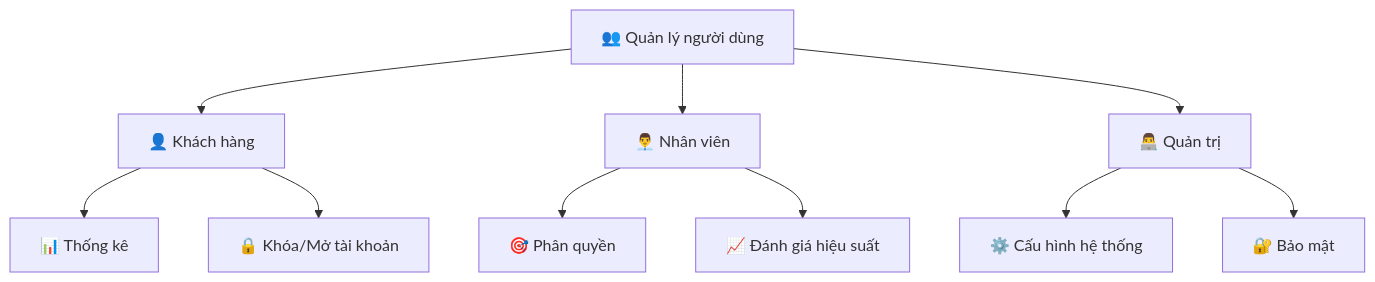
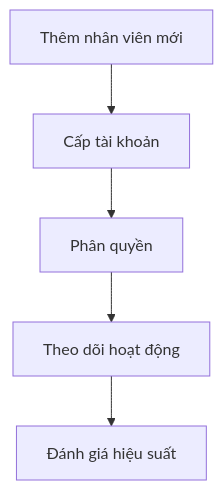
Before and after one commit to toantran00/BTTH_12: diagram 11 of 17 in README.md, drawn with Mermaid. The commit also changed other lines of this file, not shown here.

````diff
--- a/README.md
+++ b/README.md
@@ -224,15 +427,7 @@
 ```mermaid
-flowchart TD
-    A[👥 Quản lý người dùng] --> B[👤 Khách hàng]
-    A --> C[👨‍💼 Nhân viên]
-    A --> D[👨‍💻 Quản trị]
-    
-    B --> E[📊 Thống kê]
-    B --> F[🔒 Khóa/Mở tài khoản]
-    
-    C --> G[🎯 Phân quyền]
-    C --> H[📈 Đánh giá hiệu suất]
-    
-    D --> I[⚙️ Cấu hình hệ thống]
-    D --> J[🔐 Bảo mật]
+graph TD
+    A[Thêm nhân viên mới] --> B[Cấp tài khoản]
+    B --> C[Phân quyền]
+    C --> D[Theo dõi hoạt động]
+    D --> E[Đánh giá hiệu suất]
 ```
````
